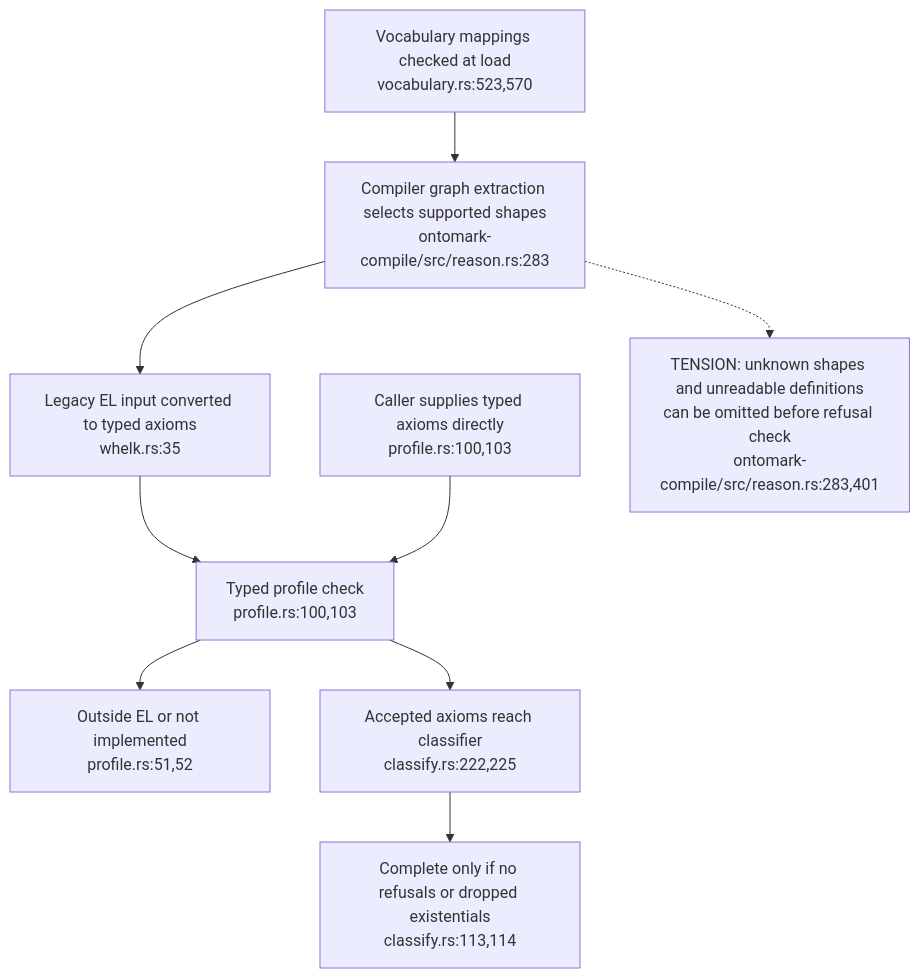
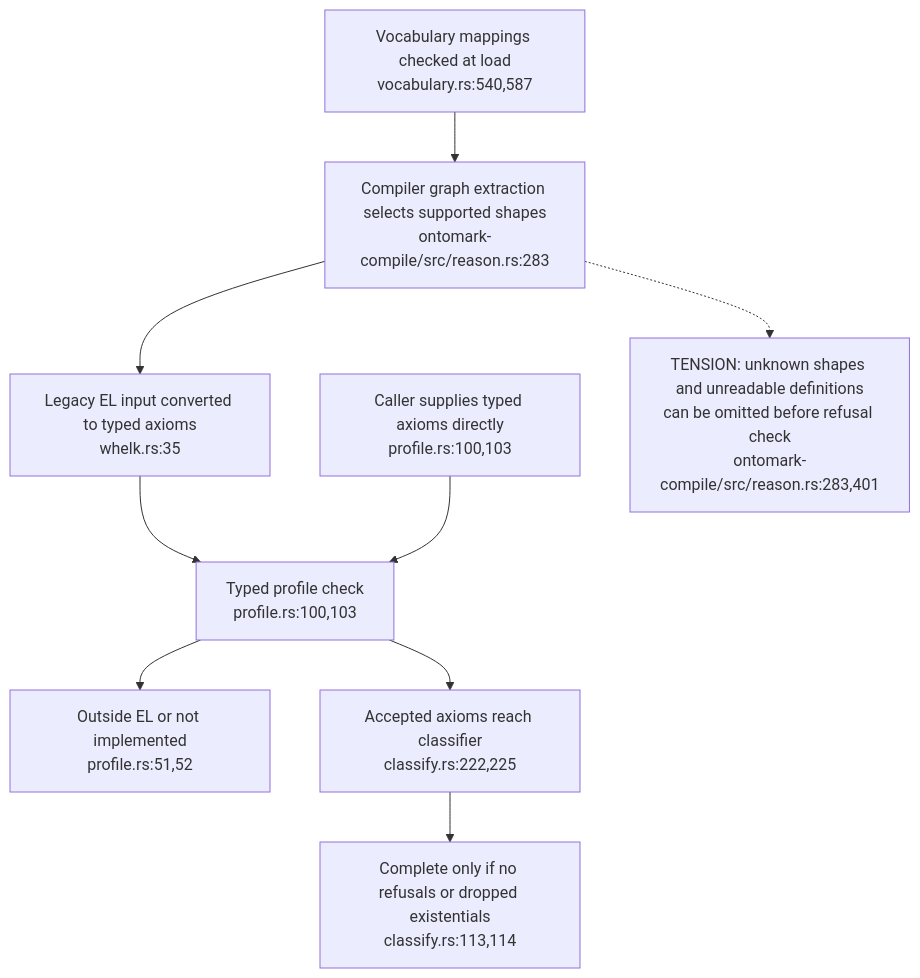
One commit to DreamLab-AI/VisionFlow changed the first of 4 diagrams in docs/diagrams/ontomark/10-reasoning-and-certificate-boundaries.md. Above: the diagram before and after it, drawn with Mermaid. The commit also changed other lines of this file and 70 other files, not shown here.

First line of the commit message:
docs(diagrams): re-verify 69 topics at current default-branch heads

````diff
--- a/docs/diagrams/ontomark/10-reasoning-and-certificate-boundaries.md
+++ b/docs/diagrams/ontomark/10-reasoning-and-certificate-boundaries.md
@@ -36,11 +36,11 @@
 ```mermaid
 flowchart TD
-    V["Vocabulary mappings checked at load<br/>vocabulary.rs:523,570"] --> G["Compiler graph extraction selects supported shapes<br/>ontomark-compile/src/reason.rs:283"]
+    V["Vocabulary mappings checked at load<br/>vocabulary.rs:540,587"] --> G["Compiler graph extraction selects supported shapes<br/>ontomark-compile/src/reason.rs:283"]
     G --> E["Legacy EL input converted to typed axioms<br/>whelk.rs:35"]
     E --> P["Typed profile check<br/>profile.rs:100,103"]
     DIRECT["Caller supplies typed axioms directly<br/>profile.rs:100,103"] --> P
     P --> REF["Outside EL or not implemented<br/>profile.rs:51,52"]
     P --> OK["Accepted axioms reach classifier<br/>classify.rs:222,225"]
     G -.-> DROP["TENSION: unknown shapes and unreadable definitions<br/>can be omitted before refusal check<br/>ontomark-compile/src/reason.rs:283,401"]
     OK --> COMPLETE["Complete only if no refusals or dropped existentials<br/>classify.rs:113,114"]
 ```
````
